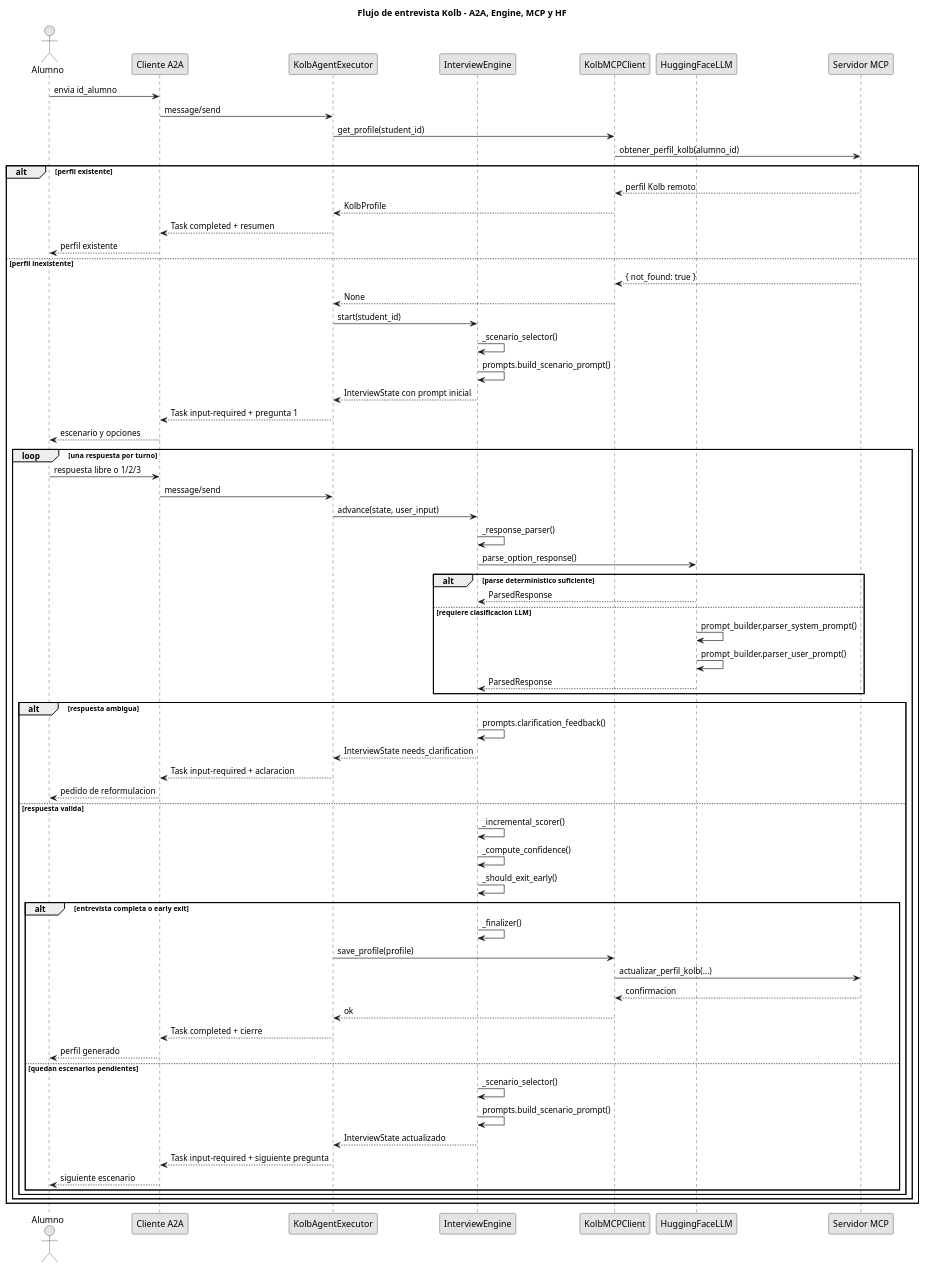
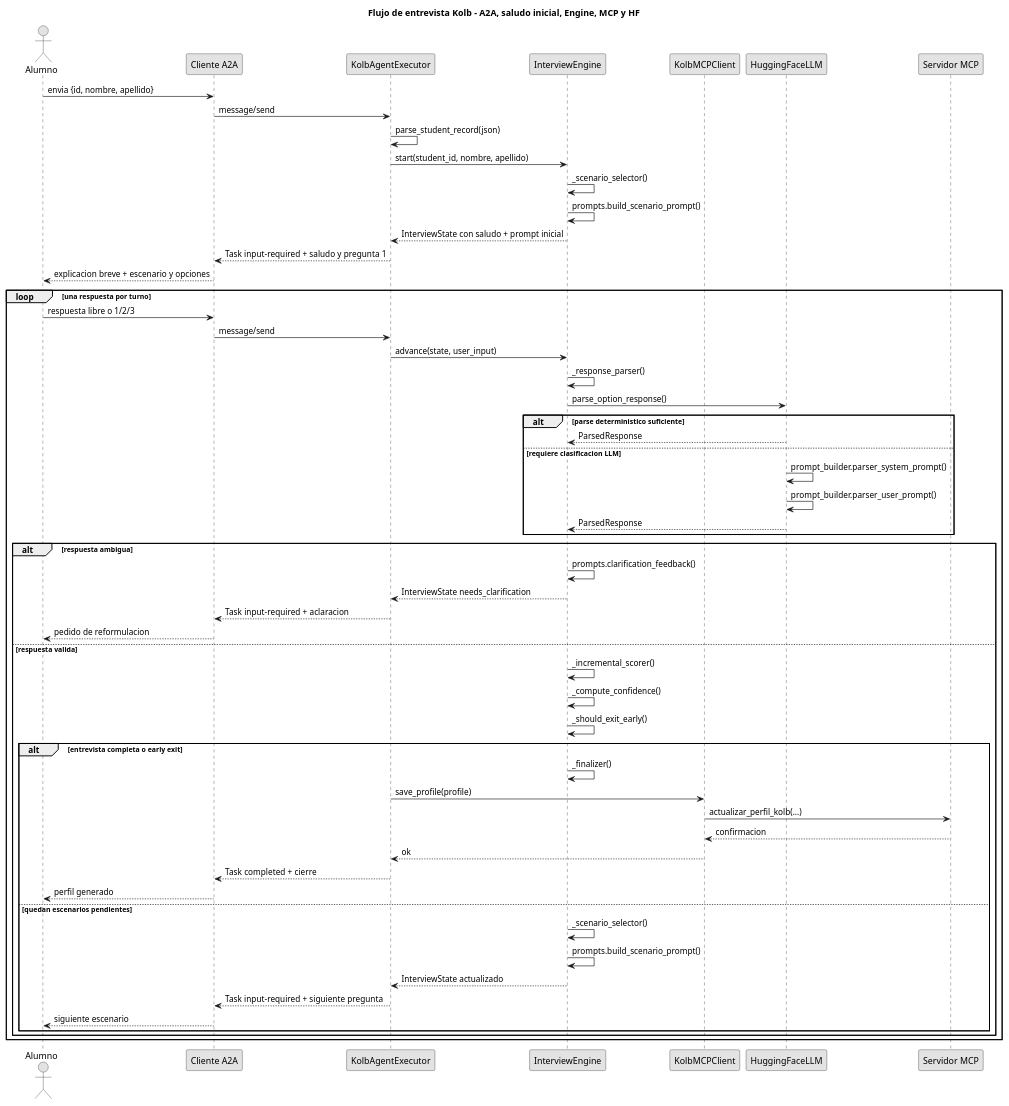
Before and after one commit to adalovelaceutn/profiler_agent: the diagram in doc/engine_sequence_diagram.puml, drawn with PlantUML. The commit also changed 9 other files, not shown here.

Commit message:
Update A2A interview flow for student records

```diff
--- a/doc/engine_sequence_diagram.puml
+++ b/doc/engine_sequence_diagram.puml
@@ -1,78 +1,67 @@
 @startuml
-title Flujo de entrevista Kolb - A2A, Engine, MCP y HF
+title Flujo de entrevista Kolb - A2A, saludo inicial, Engine, MCP y HF
 
 skinparam shadowing false
 skinparam monochrome true
 
 actor Alumno
 participant "Cliente A2A" as A2AClient
 participant "KolbAgentExecutor" as Executor
 participant "InterviewEngine" as Engine
 participant "KolbMCPClient" as MCP
 participant "HuggingFaceLLM" as HF
 participant "Servidor MCP" as MCPServer
 
-Alumno -> A2AClient : envia id_alumno
+Alumno -> A2AClient : envia {id, nombre, apellido}
 A2AClient -> Executor : message/send
-Executor -> MCP : get_profile(student_id)
-MCP -> MCPServer : obtener_perfil_kolb(alumno_id)
+Executor -> Executor : parse_student_record(json)
+Executor -> Engine : start(student_id, nombre, apellido)
+Engine -> Engine : _scenario_selector()
+Engine -> Engine : prompts.build_scenario_prompt()
+Engine --> Executor : InterviewState con saludo + prompt inicial
+Executor --> A2AClient : Task input-required + saludo y pregunta 1
+A2AClient --> Alumno : explicacion breve + escenario y opciones
 
-alt perfil existente
-  MCPServer --> MCP : perfil Kolb remoto
-  MCP --> Executor : KolbProfile
-  Executor --> A2AClient : Task completed + resumen
-  A2AClient --> Alumno : perfil existente
-else perfil inexistente
-  MCPServer --> MCP : { not_found: true }
-  MCP --> Executor : None
-  Executor -> Engine : start(student_id)
-  Engine -> Engine : _scenario_selector()
-  Engine -> Engine : prompts.build_scenario_prompt()
-  Engine --> Executor : InterviewState con prompt inicial
-  Executor --> A2AClient : Task input-required + pregunta 1
-  A2AClient --> Alumno : escenario y opciones
+loop una respuesta por turno
+  Alumno -> A2AClient : respuesta libre o 1/2/3
+  A2AClient -> Executor : message/send
+  Executor -> Engine : advance(state, user_input)
+  Engine -> Engine : _response_parser()
+  Engine -> HF : parse_option_response()
+  alt parse deterministico suficiente
+    HF --> Engine : ParsedResponse
+  else requiere clasificacion LLM
+    HF -> HF : prompt_builder.parser_system_prompt()
+    HF -> HF : prompt_builder.parser_user_prompt()
+    HF --> Engine : ParsedResponse
+  end
 
-  loop una respuesta por turno
-    Alumno -> A2AClient : respuesta libre o 1/2/3
-    A2AClient -> Executor : message/send
-    Executor -> Engine : advance(state, user_input)
-    Engine -> Engine : _response_parser()
-    Engine -> HF : parse_option_response()
-    alt parse deterministico suficiente
-      HF --> Engine : ParsedResponse
-    else requiere clasificacion LLM
-      HF -> HF : prompt_builder.parser_system_prompt()
-      HF -> HF : prompt_builder.parser_user_prompt()
-      HF --> Engine : ParsedResponse
-    end
+  alt respuesta ambigua
+    Engine -> Engine : prompts.clarification_feedback()
+    Engine --> Executor : InterviewState needs_clarification
+    Executor --> A2AClient : Task input-required + aclaracion
+    A2AClient --> Alumno : pedido de reformulacion
+  else respuesta valida
+    Engine -> Engine : _incremental_scorer()
+    Engine -> Engine : _compute_confidence()
+    Engine -> Engine : _should_exit_early()
 
-    alt respuesta ambigua
-      Engine -> Engine : prompts.clarification_feedback()
-      Engine --> Executor : InterviewState needs_clarification
-      Executor --> A2AClient : Task input-required + aclaracion
-      A2AClient --> Alumno : pedido de reformulacion
-    else respuesta valida
-      Engine -> Engine : _incremental_scorer()
-      Engine -> Engine : _compute_confidence()
-      Engine -> Engine : _should_exit_early()
-
-      alt entrevista completa o early exit
-        Engine -> Engine : _finalizer()
-        Executor -> MCP : save_profile(profile)
-        MCP -> MCPServer : actualizar_perfil_kolb(...)
-        MCPServer --> MCP : confirmacion
-        MCP --> Executor : ok
-        Executor --> A2AClient : Task completed + cierre
-        A2AClient --> Alumno : perfil generado
-      else quedan escenarios pendientes
-        Engine -> Engine : _scenario_selector()
-        Engine -> Engine : prompts.build_scenario_prompt()
-        Engine --> Executor : InterviewState actualizado
-        Executor --> A2AClient : Task input-required + siguiente pregunta
-        A2AClient --> Alumno : siguiente escenario
-      end
+    alt entrevista completa o early exit
+      Engine -> Engine : _finalizer()
+      Executor -> MCP : save_profile(profile)
+      MCP -> MCPServer : actualizar_perfil_kolb(...)
+      MCPServer --> MCP : confirmacion
+      MCP --> Executor : ok
+      Executor --> A2AClient : Task completed + cierre
+      A2AClient --> Alumno : perfil generado
+    else quedan escenarios pendientes
+      Engine -> Engine : _scenario_selector()
+      Engine -> Engine : prompts.build_scenario_prompt()
+      Engine --> Executor : InterviewState actualizado
+      Executor --> A2AClient : Task input-required + siguiente pregunta
+      A2AClient --> Alumno : siguiente escenario
     end
   end
 end
 
 @enduml
```
